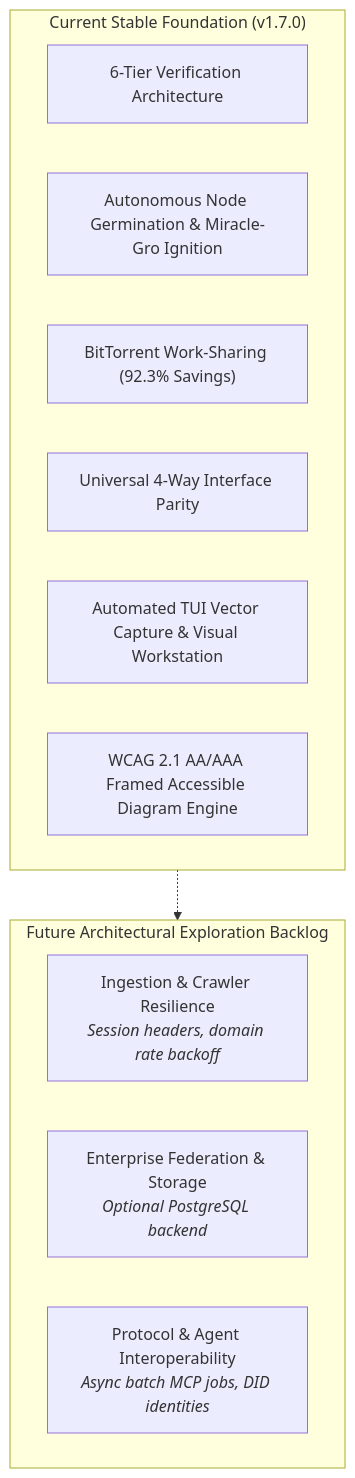
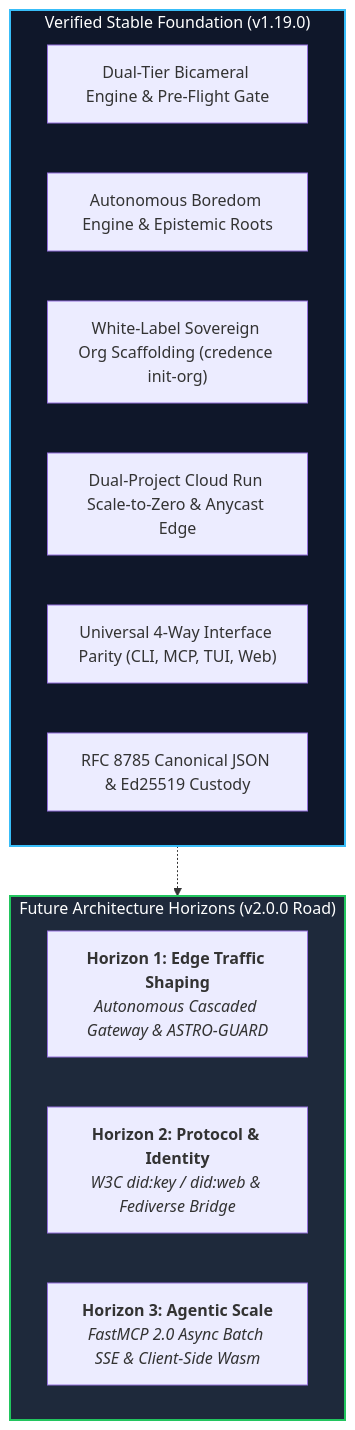
One commit to artibyrd/credence-docs changed the diagram in docs/roadmap.md. Above: the diagram before and after it, drawn with Mermaid. The commit also changed other lines of this file and 7 other files, not shown here.

Commit message:
feat(release): v1.19.0 - bicameral experimentation, roadmap sync, and /learn governance

````diff
--- a/docs/roadmap.md
+++ b/docs/roadmap.md
@@ -33,19 +32,24 @@
 ```mermaid
 flowchart TD
-    subgraph CoreEngine ["Current Stable Foundation (v1.7.0)"]
-        S1["6-Tier Verification Architecture"]
-        S2["Autonomous Node Germination & Miracle-Gro Ignition"]
-        S3["BitTorrent Work-Sharing (92.3% Savings)"]
-        S4["Universal 4-Way Interface Parity"]
-        S5["Automated TUI Vector Capture & Visual Workstation"]
-        S6["WCAG 2.1 AA/AAA Framed Accessible Diagram Engine"]
+    subgraph Foundation["Verified Stable Foundation (v1.19.0)"]
+        F1["Dual-Tier Bicameral Engine & Pre-Flight Gate"]
+        F2["Autonomous Boredom Engine & Epistemic Roots"]
+        F3["White-Label Sovereign Org Scaffolding (credence init-org)"]
+        F4["Dual-Project Cloud Run Scale-to-Zero & Anycast Edge"]
+        F5["Universal 4-Way Interface Parity (CLI, MCP, TUI, Web)"]
+        F6["RFC 8785 Canonical JSON & Ed25519 Custody"]
     end
 
-    subgraph Backlog ["Future Architectural Exploration Backlog"]
-        B1["Ingestion & Crawler Resilience<br/><i>Session headers, domain rate backoff</i>"]
-        B2["Enterprise Federation & Storage<br/><i>Optional PostgreSQL backend</i>"]
-        B3["Protocol & Agent Interoperability<br/><i>Async batch MCP jobs, DID identities</i>"]
+    subgraph Horizons["Future Architecture Horizons (v2.0.0 Road)"]
+        H1["<b>Horizon 1: Edge Traffic Shaping</b><br/><i>Autonomous Cascaded Gateway & ASTRO-GUARD</i>"]
+        H2["<b>Horizon 2: Protocol & Identity</b><br/><i>W3C did:key / did:web & Fediverse Bridge</i>"]
+        H3["<b>Horizon 3: Agentic Scale</b><br/><i>FastMCP 2.0 Async Batch SSE & Client-Side Wasm</i>"]
     end
 
-    CoreEngine -.-> Backlog
+    Foundation -.-> Horizons
+
+    classDef darkSlate fill:#0f172a,stroke:#38bdf8,stroke-width:2px,color:#fff;
+    classDef highlight fill:#1e293b,stroke:#22c55e,stroke-width:2px,color:#fff;
+    class Foundation darkSlate;
+    class Horizons highlight;
 ```
````
